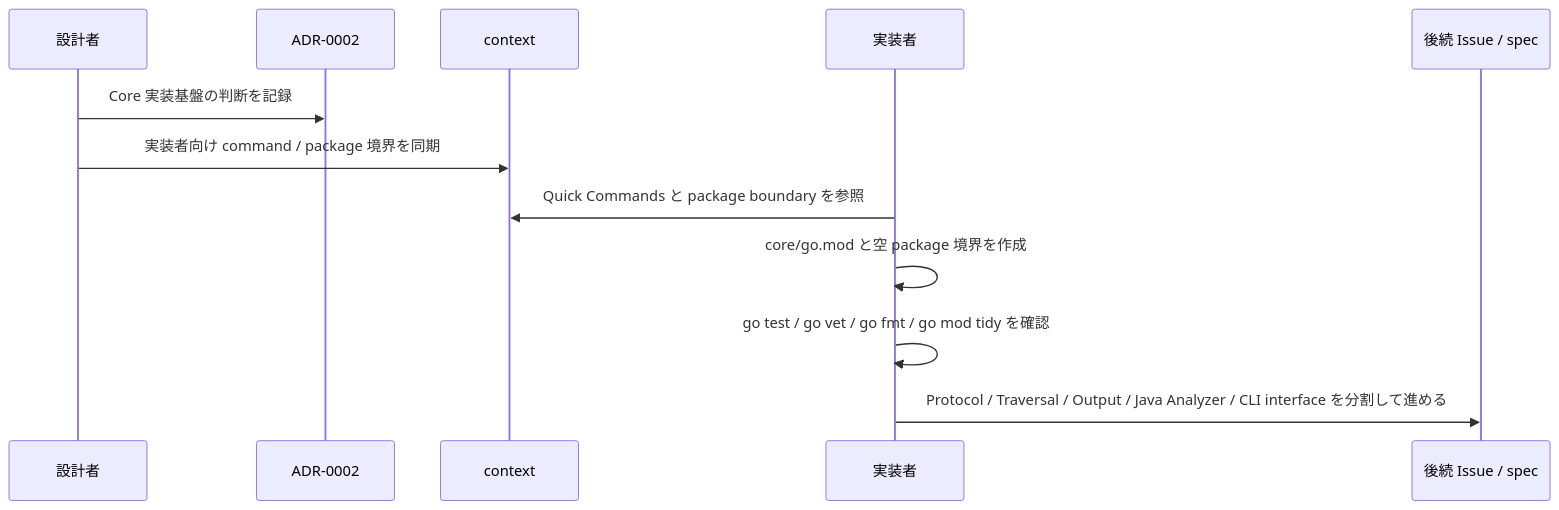
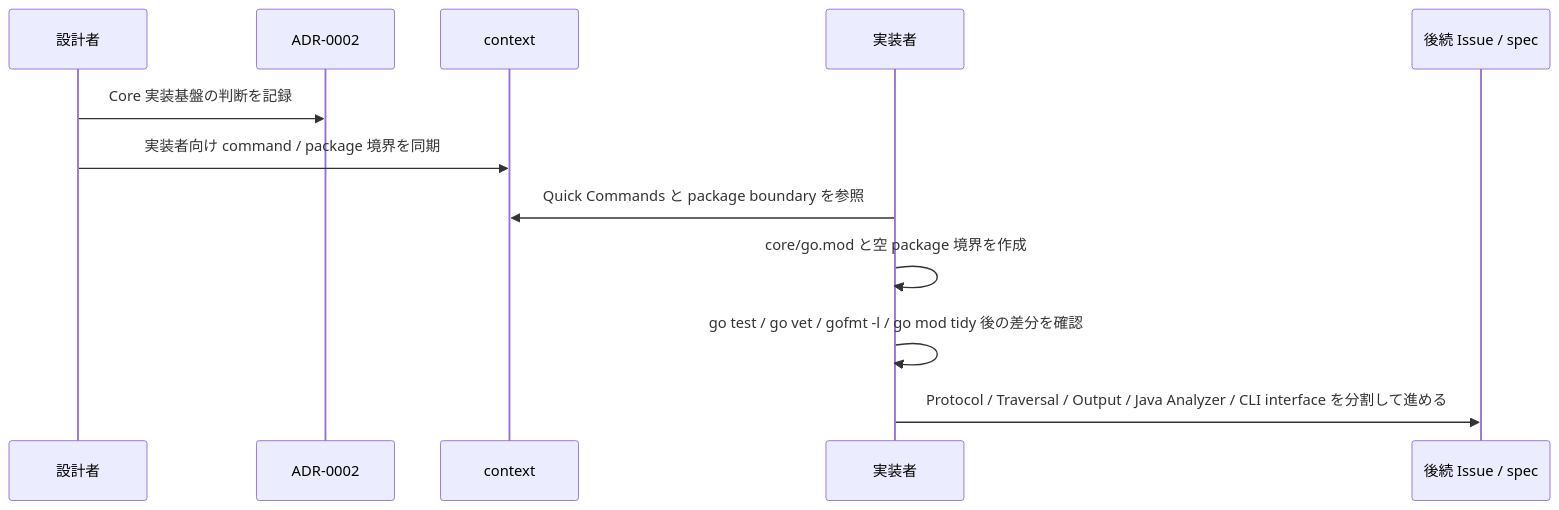
Before and after one commit to Fukuemon/depwalk: the second of 2 diagrams in specs/11-core-implementation-foundation/index.md, drawn with Mermaid. The commit also changed other lines of this file and 6 other files, not shown here.

````diff
--- a/specs/11-core-implementation-foundation/index.md
+++ b/specs/11-core-implementation-foundation/index.md
@@ -376,15 +382,15 @@
 ```mermaid
 sequenceDiagram
     participant Designer as 設計者
     participant ADR as ADR-0002
     participant Context as context
     participant Implementer as 実装者
     participant Issues as 後続 Issue / spec
 
     Designer->>ADR: Core 実装基盤の判断を記録
     Designer->>Context: 実装者向け command / package 境界を同期
     Implementer->>Context: Quick Commands と package boundary を参照
     Implementer->>Implementer: core/go.mod と空 package 境界を作成
-    Implementer->>Implementer: go test / go vet / go fmt / go mod tidy を確認
+    Implementer->>Implementer: go test / go vet / gofmt -l / go mod tidy 後の差分を確認
     Implementer->>Issues: Protocol / Traversal / Output / Java Analyzer / CLI interface を分割して進める
 ```
````
